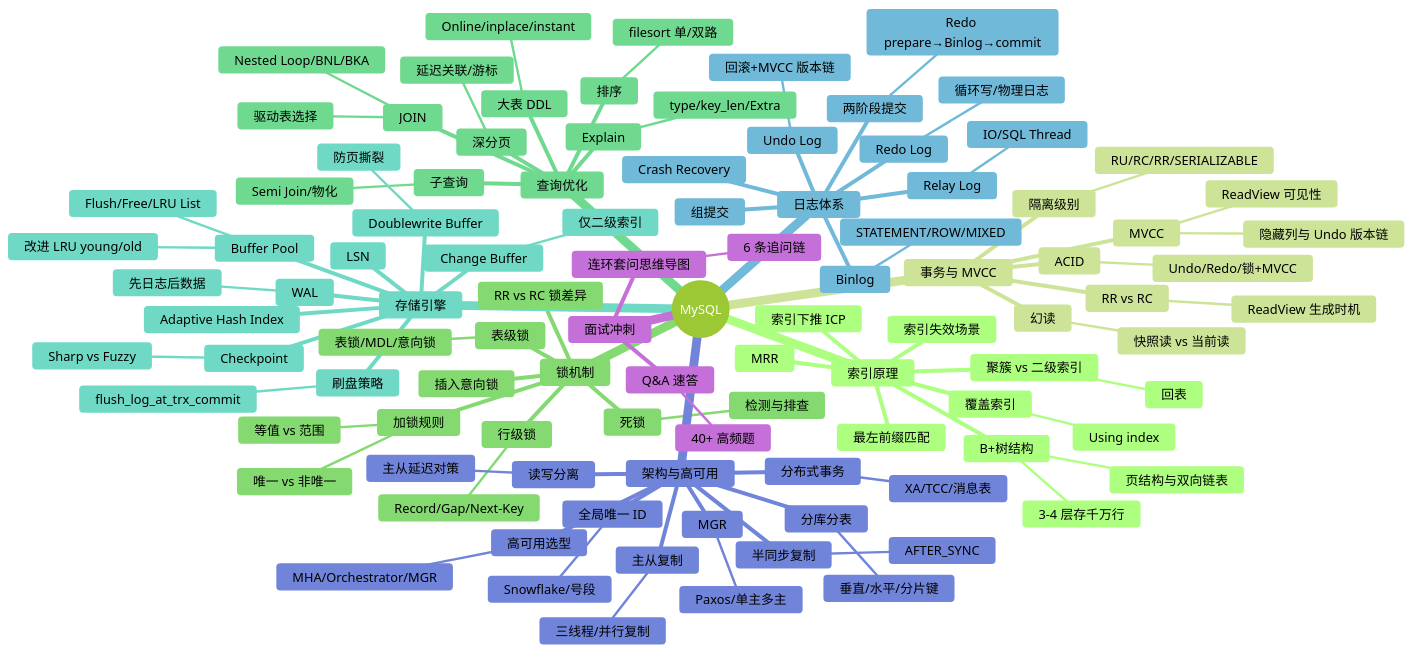
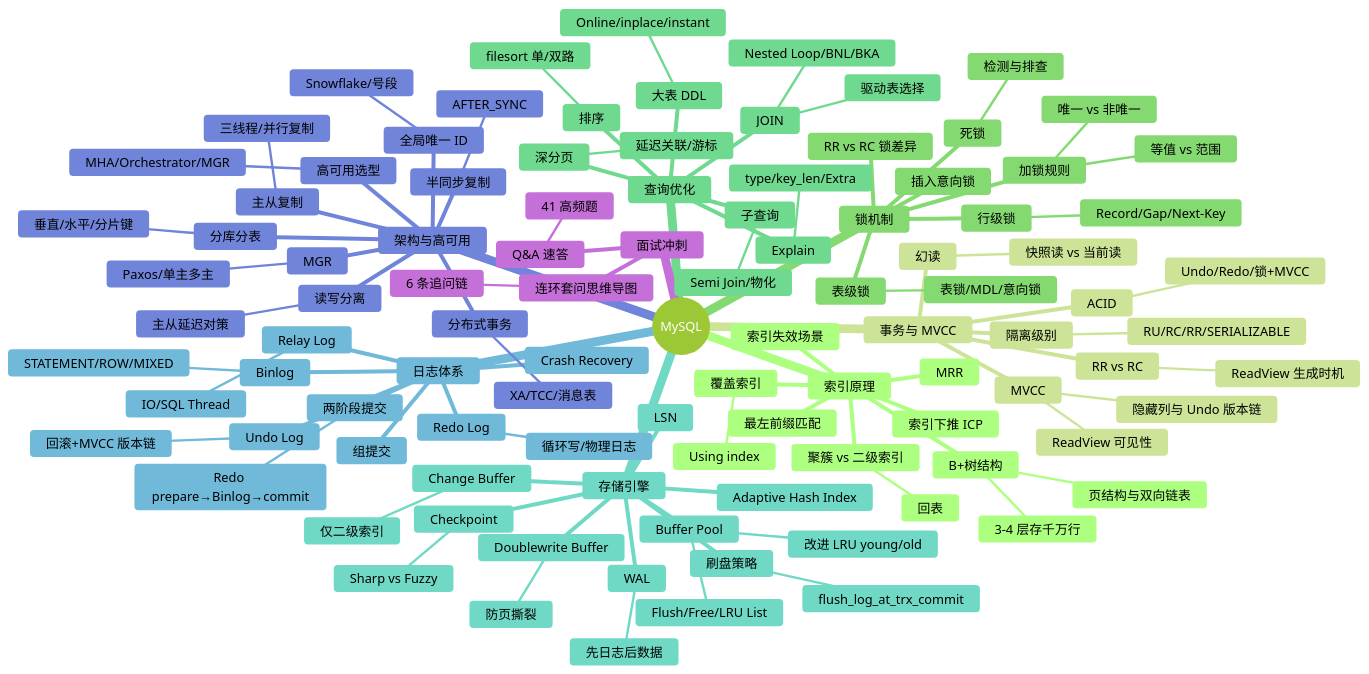
Before and after one commit to yintp/glory: the diagram in middleware/mysql/README.md, drawn with Mermaid (forest theme). The commit also changed other lines of this file and 1 other file, not shown here.

Commit message:
docs(mysql): 新增跨主题高频面试 Q&A

````diff
--- a/middleware/mysql/README.md
+++ b/middleware/mysql/README.md
@@ -115,7 +115,7 @@
         MHA/Orchestrator/MGR
     面试冲刺
       Q&A 速答
-        40+ 高频题
+        41 高频题
       连环套问思维导图
         6 条追问链
 ```
````
